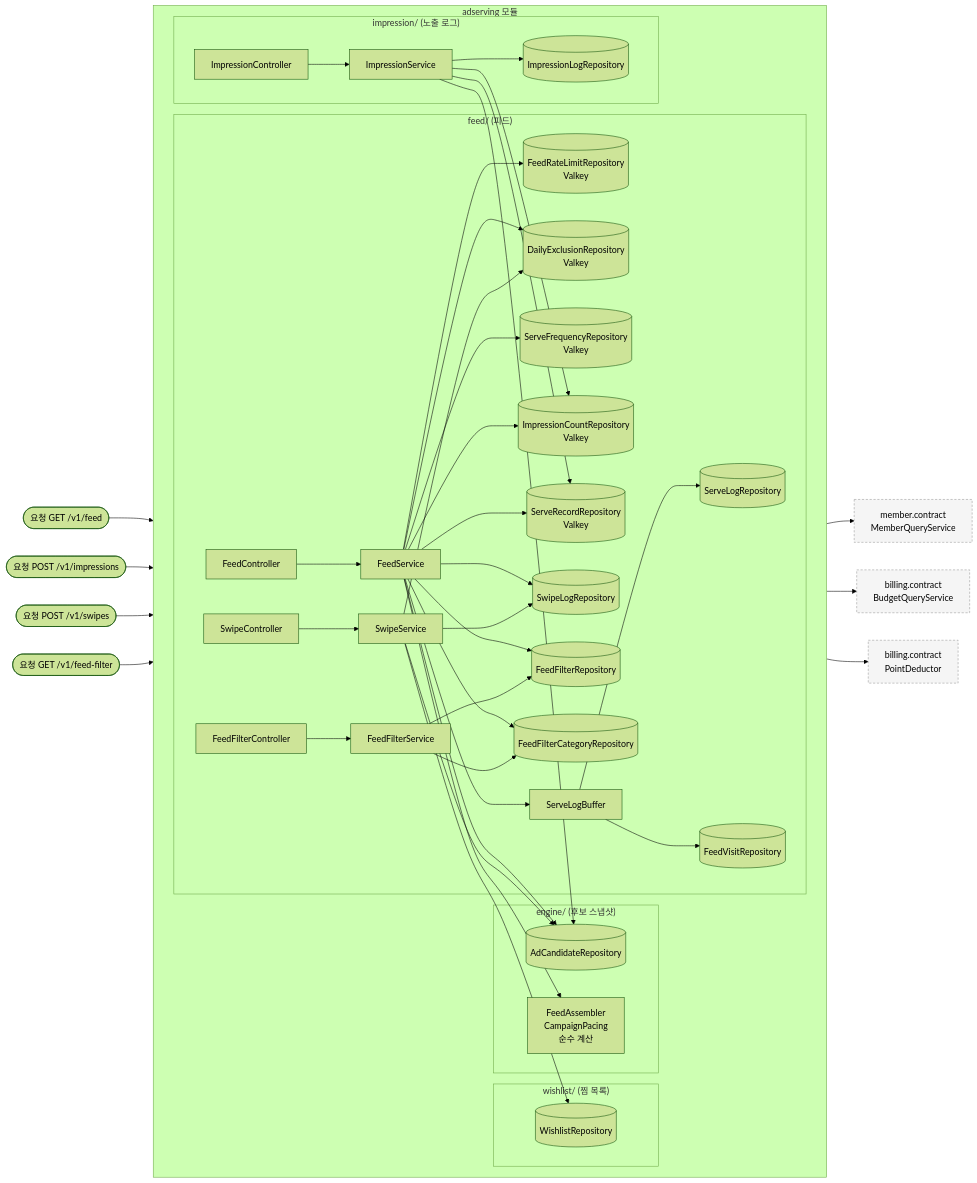
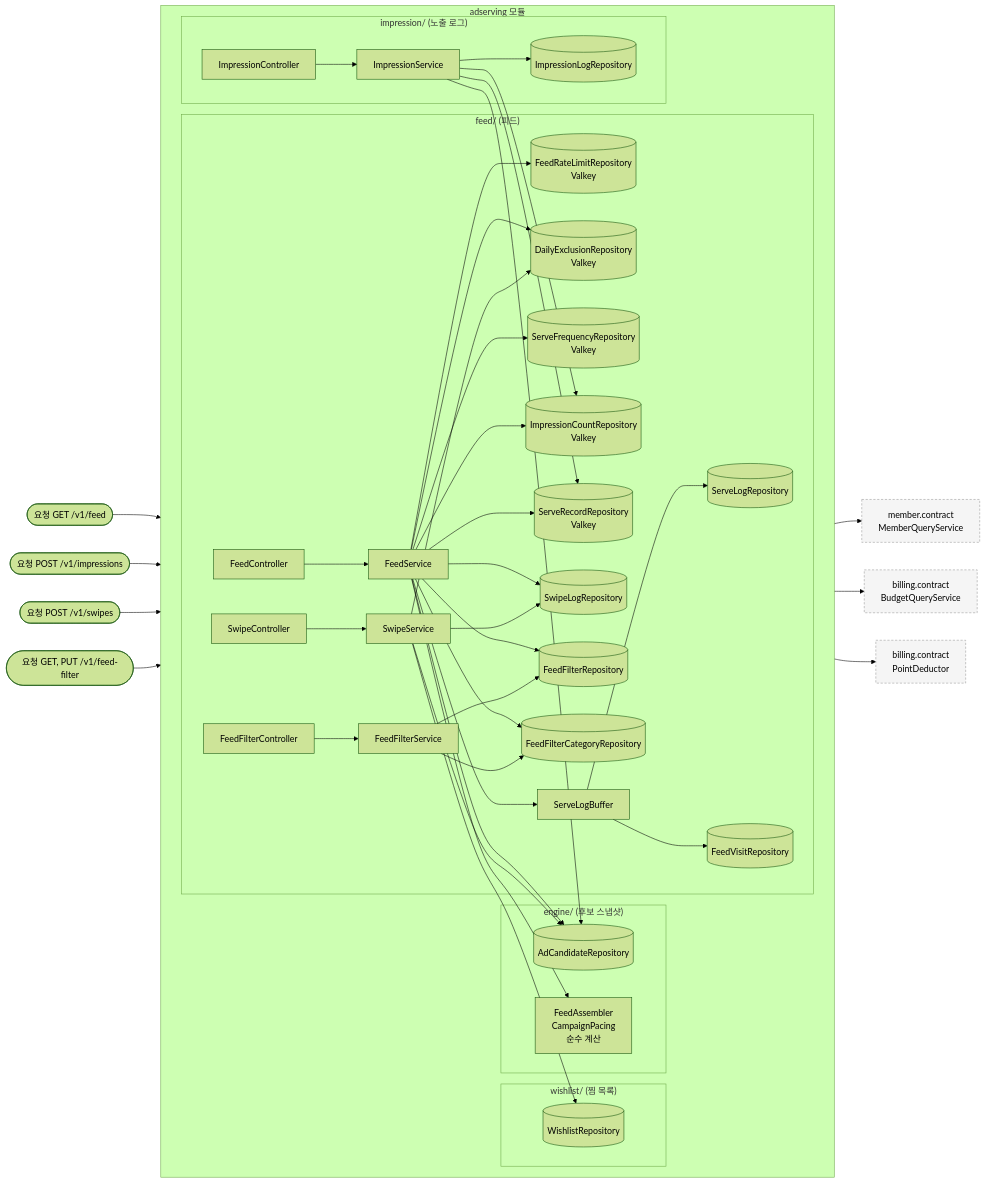
Before and after one commit to lunch-catch/lc-backend: the first of 4 diagrams in docs/design/adserving/adserving_구조와_동작_설계.md, drawn with Mermaid (forest theme). The commit also changed other lines of this file and 11 other files, not shown here.

````diff
--- a/docs/design/adserving/adserving_구조와_동작_설계.md
+++ b/docs/design/adserving/adserving_구조와_동작_설계.md
@@ -195,61 +198,61 @@
 ```mermaid
 flowchart LR
     REQ([요청 GET /v1/feed]) --> FC
     REQ2([요청 POST /v1/impressions]) --> IMC
     REQ3([요청 POST /v1/swipes]) --> SWC
-    REQ4([요청 GET /v1/feed-filter]) --> FFCT
+    REQ4([요청 GET, PUT /v1/feed-filter]) --> FFCT
 
     subgraph adserving["adserving 모듈"]
         direction LR
 
         subgraph feed["feed/ (피드)"]
             FC[FeedController] --> FS[FeedService]
             FS --> RL[("FeedRateLimitRepository<br/>Valkey")]
             FS --> DE[("DailyExclusionRepository<br/>Valkey")]
             FS --> SF[("ServeFrequencyRepository<br/>Valkey")]
             FS --> IC[("ImpressionCountRepository<br/>Valkey")]
             FS --> SR[("ServeRecordRepository<br/>Valkey")]
             FS --> SW[(SwipeLogRepository)]
             FS --> FF[(FeedFilterRepository)]
             FS --> FFC[(FeedFilterCategoryRepository)]
             FFCT[FeedFilterController] --> FFS[FeedFilterService]
             FFS --> FF
             FFS --> FFC
             SWC[SwipeController] --> SWS[SwipeService]
             SWS --> SW
             SWS --> DE
             FS --> SB[ServeLogBuffer]
             SB --> SL[(ServeLogRepository)]
             SB --> FV[(FeedVisitRepository)]
         end
 
         subgraph engine["engine/ (후보 스냅샷)"]
             AR[(AdCandidateRepository)]
             FA["FeedAssembler<br/>CampaignPacing<br/>순수 계산"]
         end
 
         subgraph wishlist["wishlist/ (찜 목록)"]
             WR[(WishlistRepository)]
         end
 
         subgraph impression["impression/ (노출 로그)"]
             IMC[ImpressionController] --> IMS[ImpressionService]
             IMS --> IML[(ImpressionLogRepository)]
         end
 
         FS --> AR
         FS --> FA
         IMS --> SR
         IMS --> IC
         IMS --> AR
         SWS --> WR
         SWS --> AR
     end
 
     FS --> MQ["member.contract<br/>MemberQueryService"]
     FS --> BQ["billing.contract<br/>BudgetQueryService"]
     IMS --> PD["billing.contract<br/>PointDeductor"]
 
     classDef out fill:#f5f5f5,stroke:#999,stroke-dasharray:4 3
     class MQ,BQ,PD out
 ```
````
